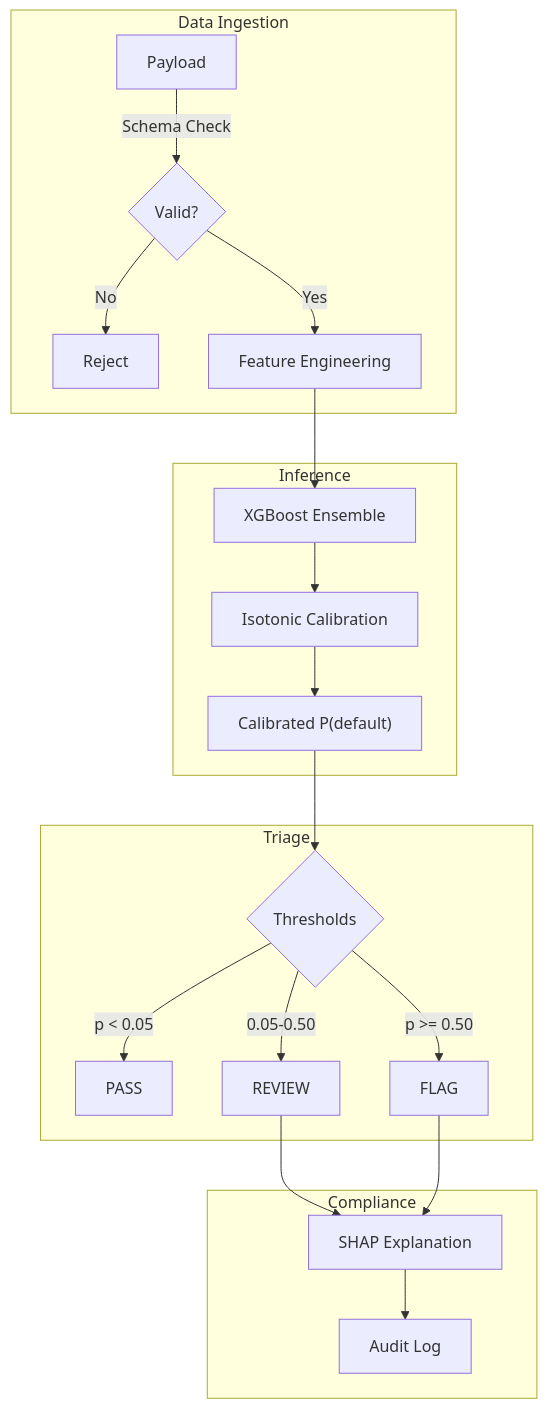
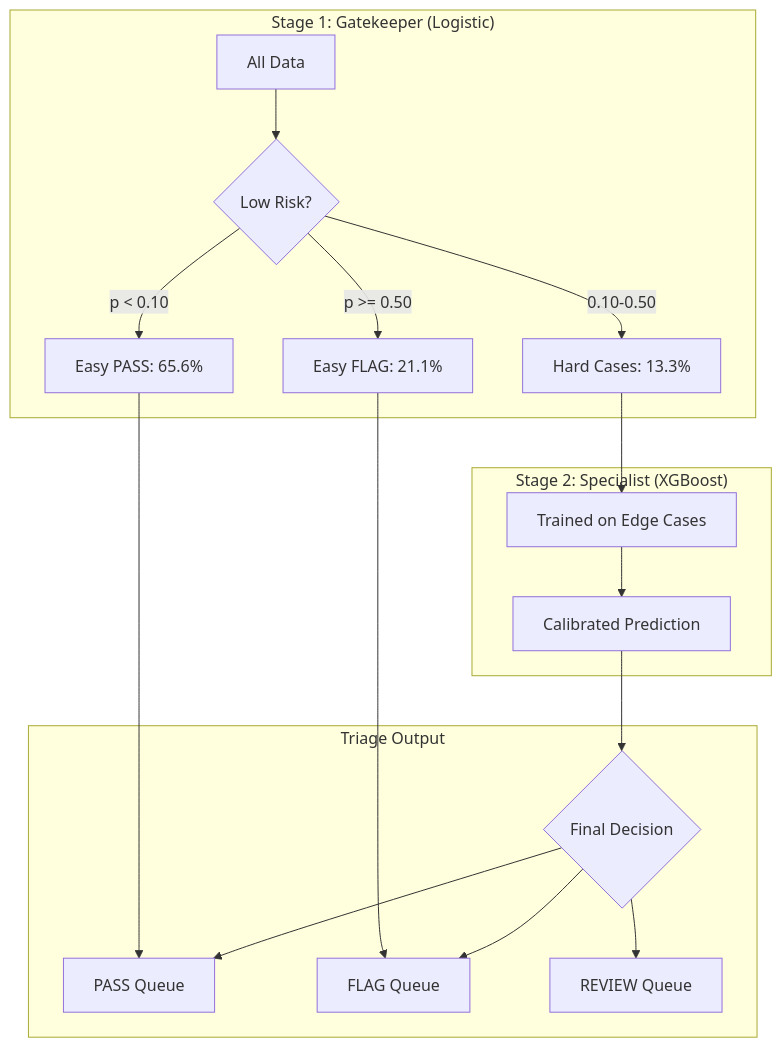
The first of 2 diagrams in docs/index.md (wilsebbis/failure-aware-ml-system), drawn with Mermaid before and after one commit. The commit also changed other lines of this file and 12 other files, not shown here.

Commit message:
feat: Introduce cascade classifier, dynamic threshold policy, and interaction features while simplifying the Lending Club data adapter.

````diff
--- a/docs/index.md
+++ b/docs/index.md
@@ -87,27 +65,23 @@
 ```mermaid
 flowchart TD
-    subgraph Ingestion["Data Ingestion"]
-        A[Payload] -->|Schema Check| B{Valid?}
-        B -->|No| X[Reject]
-        B -->|Yes| C[Feature Engineering]
+    subgraph Stage1["Stage 1: Gatekeeper (Logistic)"]
+        A[All Data] --> B{Low Risk?}
+        B -->|p < 0.10| C[Easy PASS: 65.6%]
+        B -->|p >= 0.50| D[Easy FLAG: 21.1%]
+        B -->|0.10-0.50| E[Hard Cases: 13.3%]
     end
     
-    subgraph Model["Inference"]
-        C --> D[XGBoost Ensemble]
-        D --> E[Isotonic Calibration]
-        E --> F["Calibrated P(default)"]
+    subgraph Stage2["Stage 2: Specialist (XGBoost)"]
+        E --> F[Trained on Edge Cases]
+        F --> G[Calibrated Prediction]
     end
     
-    subgraph Policy["Triage"]
-        F --> G{Thresholds}
-        G -->|"p < 0.05"| H[PASS]
-        G -->|"0.05-0.50"| I[REVIEW]
-        G -->|"p >= 0.50"| J[FLAG]
-    end
-    
-    subgraph Audit["Compliance"]
-        I --> K[SHAP Explanation]
-        J --> K
-        K --> L[Audit Log]
+    subgraph Policy["Triage Output"]
+        C --> H[PASS Queue]
+        D --> I[FLAG Queue]
+        G --> J{Final Decision}
+        J --> H
+        J --> K[REVIEW Queue]
+        J --> I
     end
 ```
````
